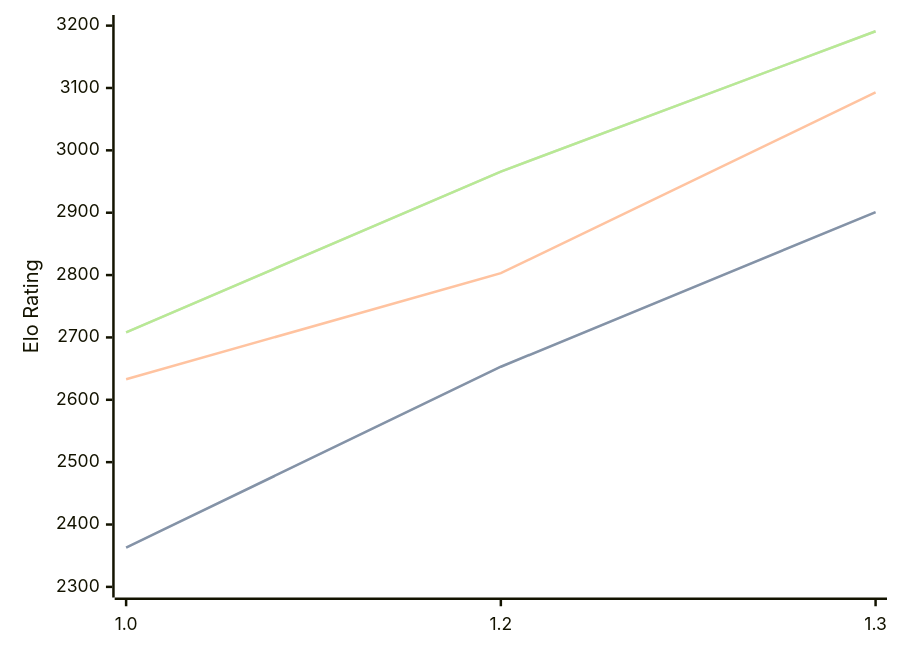
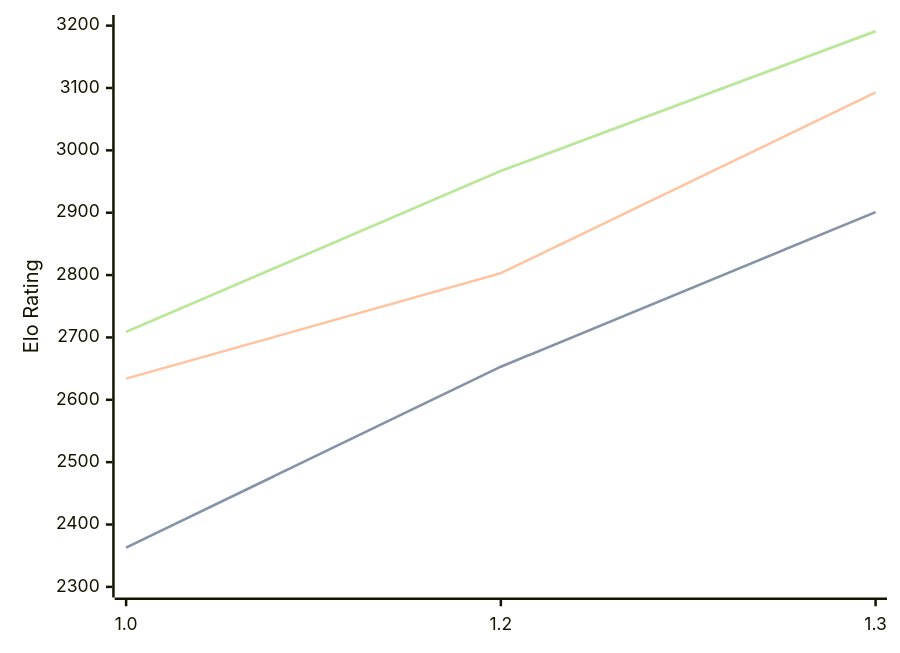
The diagram in engines/Chessnix.md (computer-chess-index/cci), drawn with Mermaid before and after one commit. The commit also changed other lines of this file, not shown here.

Commit message:
Update CCI Ratings (ELO VLTC) - 2026-03-28

````diff
--- a/engines/Chessnix.md
+++ b/engines/Chessnix.md
@@ -35,11 +35,11 @@
 ```mermaid
 %%{init: {"theme":"base","themeVariables":{"seriesColors:['#a3a3a3','#222221','#faa371']}}}%%
 xychart-beta
   x-axis ["1.0", "1.2", "1.3"]
   y-axis "Elo Rating" 2300 --> 3200
   line "STC (8.0+0.08s)" [2363, 2653, 2901]
   line "STC (8.0+0.08s)" [2363, 2653, 2901]
-  line "LTC (60.0+0.60s)" [2633, 2803, 3093]
-  line "VLTC (2m24s+1.12s)" [2708, 2966, 3191]
-  line "VLTC (2m24s+1.12s)" [2708, 2966, 3191]
+  line "LTC (60.0+0.60s)" [2634, 2803, 3093]
+  line "VLTC (2m24s+1.12s)" [2709, 2967, 3191]
+  line "VLTC (2m24s+1.12s)" [2709, 2967, 3191]
 ```
````
